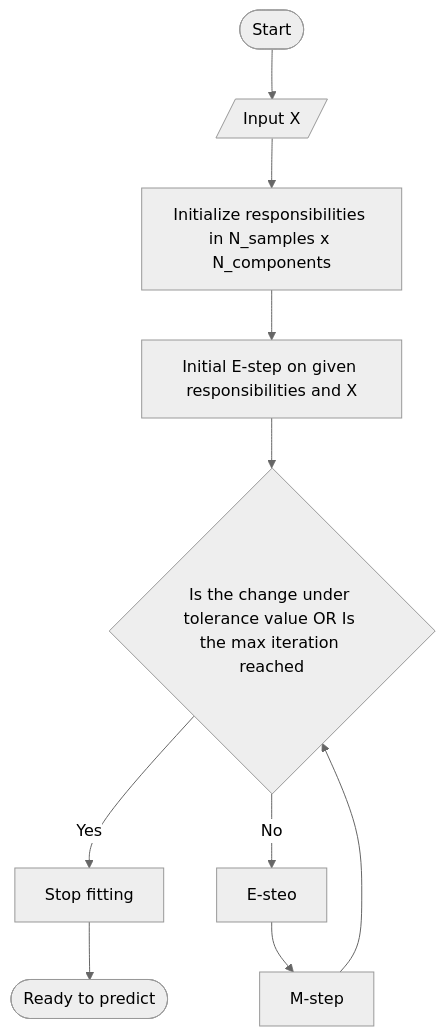
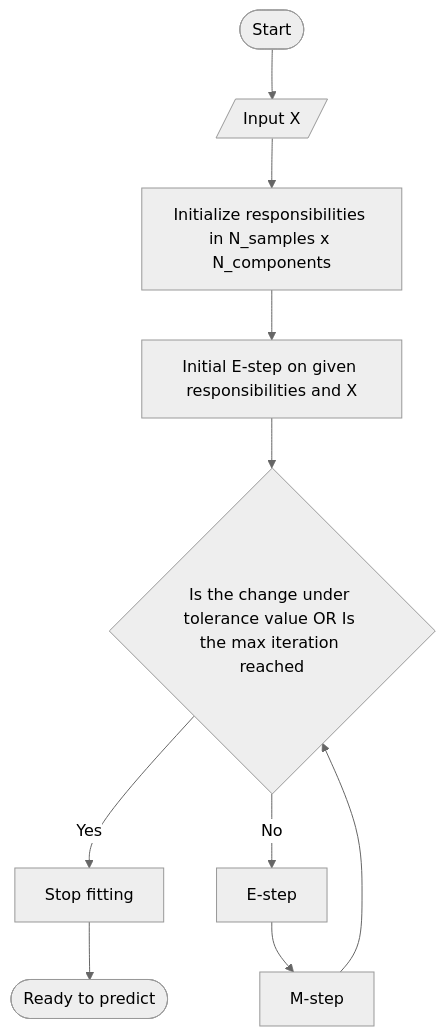
Before and after one commit to MangoPomelo/GaussianMixture: the diagram in README.md, drawn with Mermaid (neutral theme).

Commit message:
docs: correct misspelling

````diff
--- a/README.md
+++ b/README.md
@@ -10,12 +10,12 @@
 ```mermaid
 graph TD
     Start([Start]) --> InputX
     InputX[/Input X/] --> InitializeResp
     InitializeResp[Initialize responsibilities in N_samples x N_components] --> InitialEStep
     InitialEStep[Initial E-step on given responsibilities and X] --> Guard
     Guard -- Yes --> Return[Stop fitting]
     Guard{Is the change under tolerance value OR Is the max iteration reached} -- No --> EStep
-    EStep[E-steo] --> MStep
+    EStep[E-step] --> MStep
     MStep[M-step] --> Guard
     Return --> End([Ready to predict])
 ```
````
